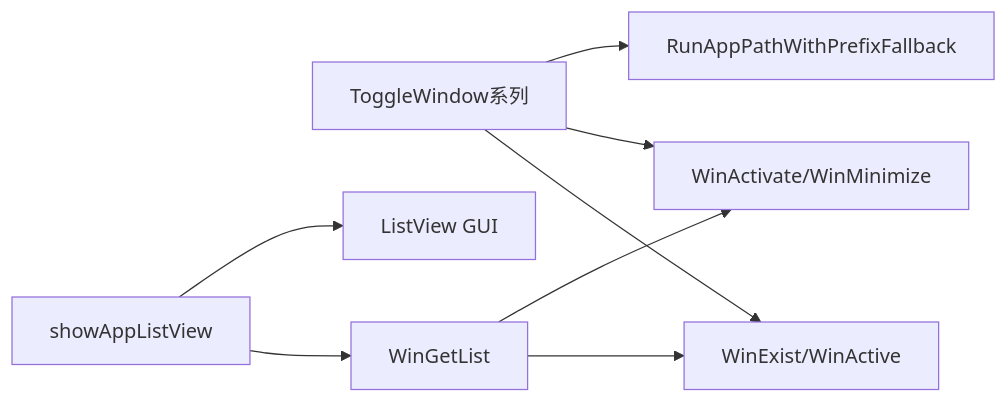
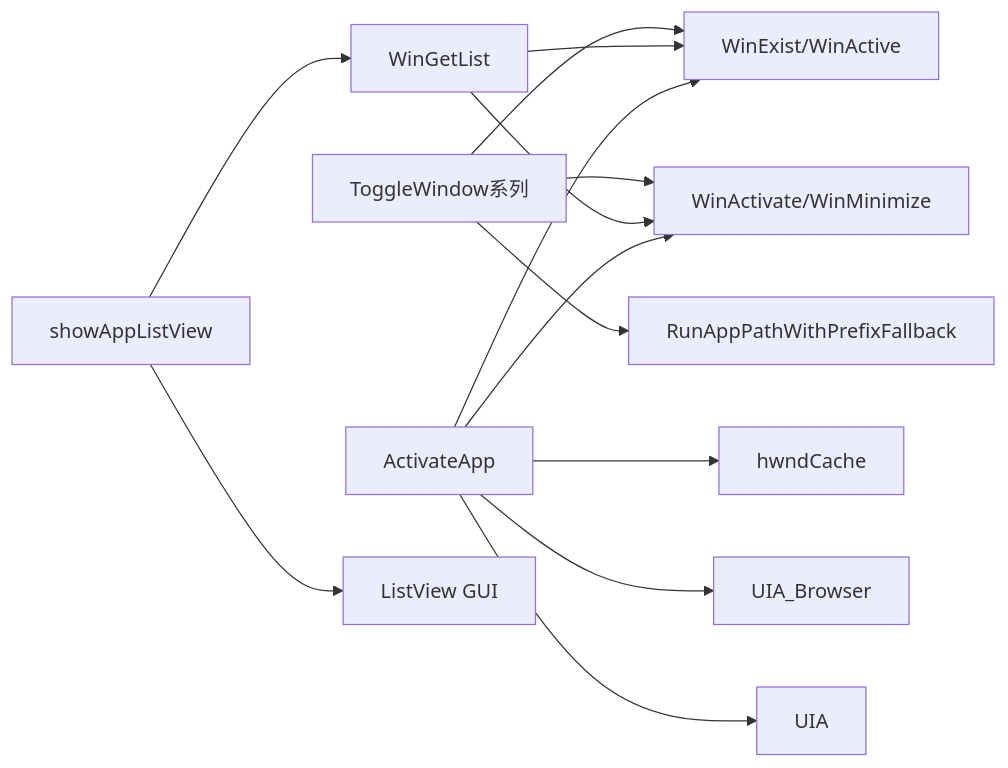
The sixth of 6 diagrams in .qoder/repowiki/zh/content/开发者指南/代码结构分析/核心函数分析/窗口控制函数.md (wangys-123doit/hotkey), drawn with Mermaid before and after one commit. The commit also changed other lines of this file and 7 other files, not shown here.

````diff
--- a/.qoder/repowiki/zh/content/开发者指南/代码结构分析/核心函数分析/窗口控制函数.md
+++ b/.qoder/repowiki/zh/content/开发者指南/代码结构分析/核心函数分析/窗口控制函数.md
@@ -255,10 +393,15 @@
 ```mermaid
 graph LR
 TW["ToggleWindow系列"] --> WE["WinExist/WinActive"]
 TW --> WA["WinActivate/WinMinimize"]
 TW --> RP["RunAppPathWithPrefixFallback"]
 WL["WinGetList"] --> WE
 WL --> WA
+AA["ActivateApp"] --> HC["hwndCache"]
+AA --> UB["UIA_Browser"]
+AA --> UI["UIA"]
+AA --> WE
+AA --> WA
 SAW["showAppListView"] --> WL
 SAW --> LV["ListView GUI"]
 ```
````
